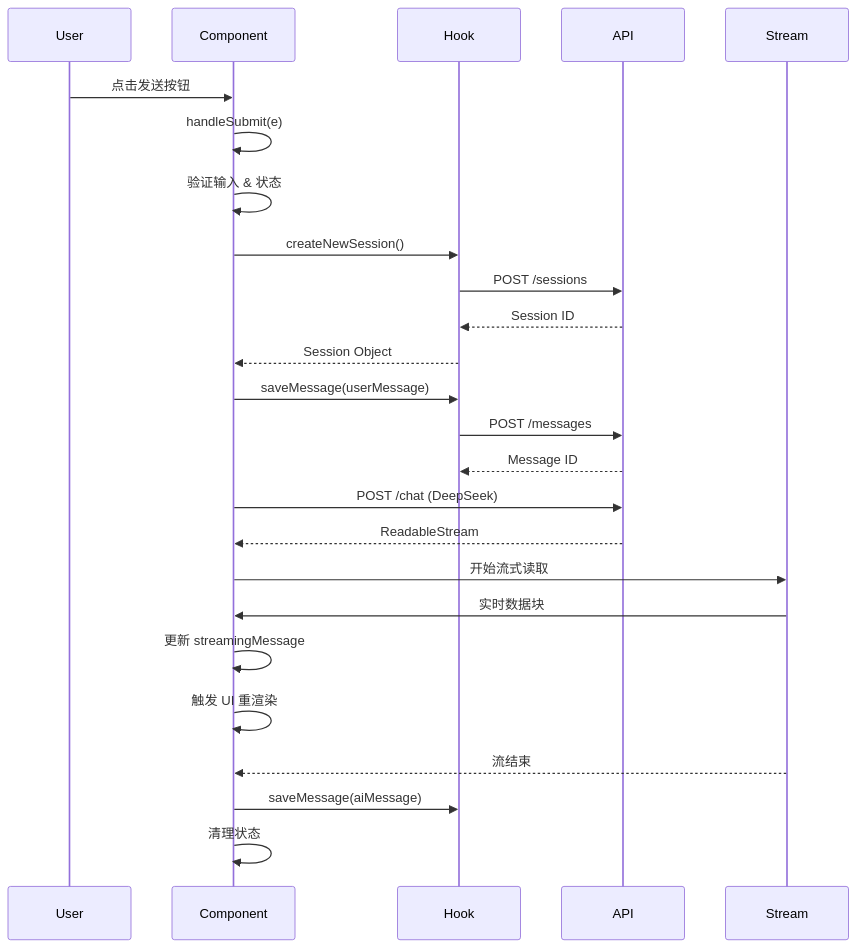
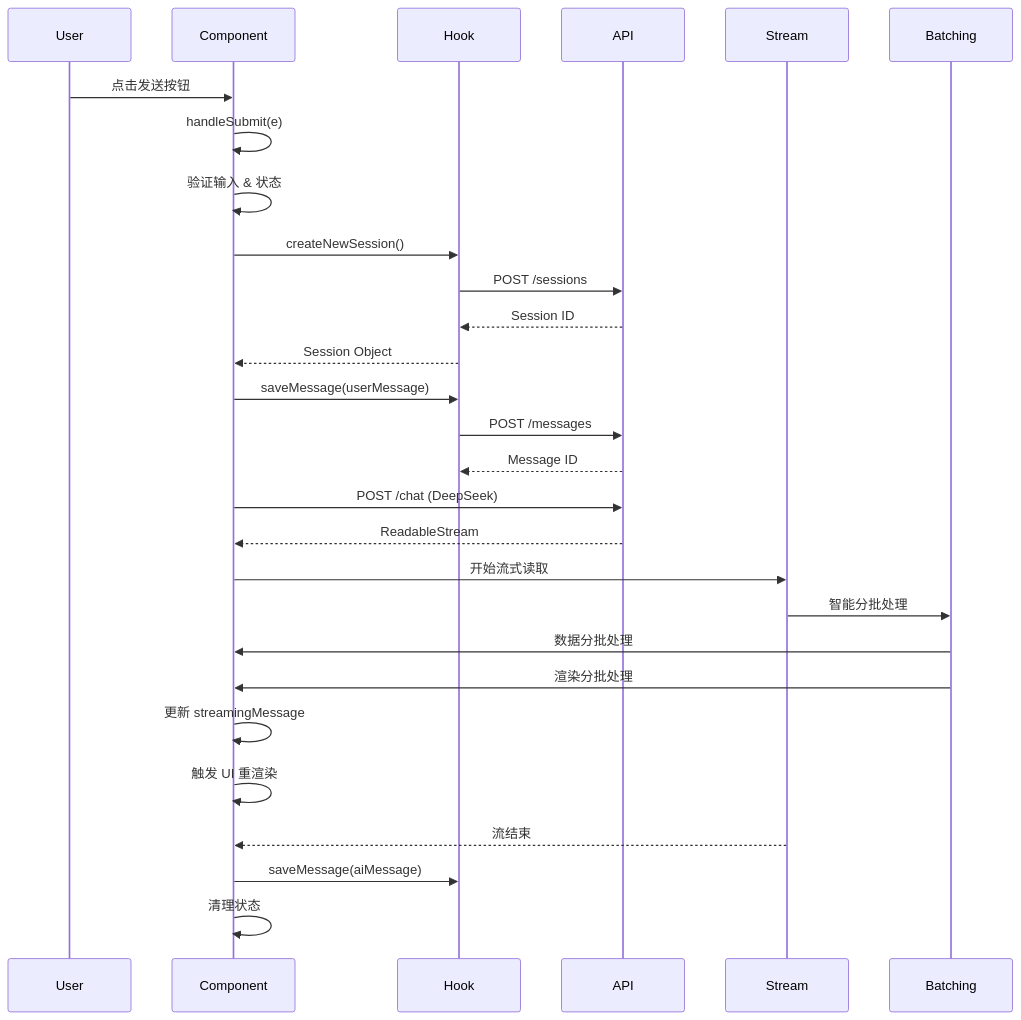
The third of 6 diagrams in blogFrontend/src/components/AIChat/AIChat事件循环深度解析.md (lichenxigk2002/blog-project), drawn with Mermaid before and after one commit. The commit also changed other lines of this file and 1 other file, not shown here.

````diff
--- a/blogFrontend/src/components/AIChat/AIChat事件循环深度解析.md
+++ b/blogFrontend/src/components/AIChat/AIChat事件循环深度解析.md
@@ -132,31 +143,34 @@
 ```mermaid
 sequenceDiagram
     participant U as User
     participant C as Component
     participant H as Hook
     participant A as API
     participant S as Stream
+    participant B as Batching
     
     U->>C: 点击发送按钮
     C->>C: handleSubmit(e)
     C->>C: 验证输入 & 状态
     C->>H: createNewSession()
     H->>A: POST /sessions
     A-->>H: Session ID
     H-->>C: Session Object
     
     C->>H: saveMessage(userMessage)
     H->>A: POST /messages
     A-->>H: Message ID
     
     C->>A: POST /chat (DeepSeek)
     A-->>C: ReadableStream
     C->>S: 开始流式读取
-    S->>C: 实时数据块
+    S->>B: 智能分批处理
+    B->>C: 数据分批处理
+    B->>C: 渲染分批处理
     C->>C: 更新 streamingMessage
     C->>C: 触发 UI 重渲染
     
     S-->>C: 流结束
     C->>H: saveMessage(aiMessage)
     C->>C: 清理状态
 ```
````
